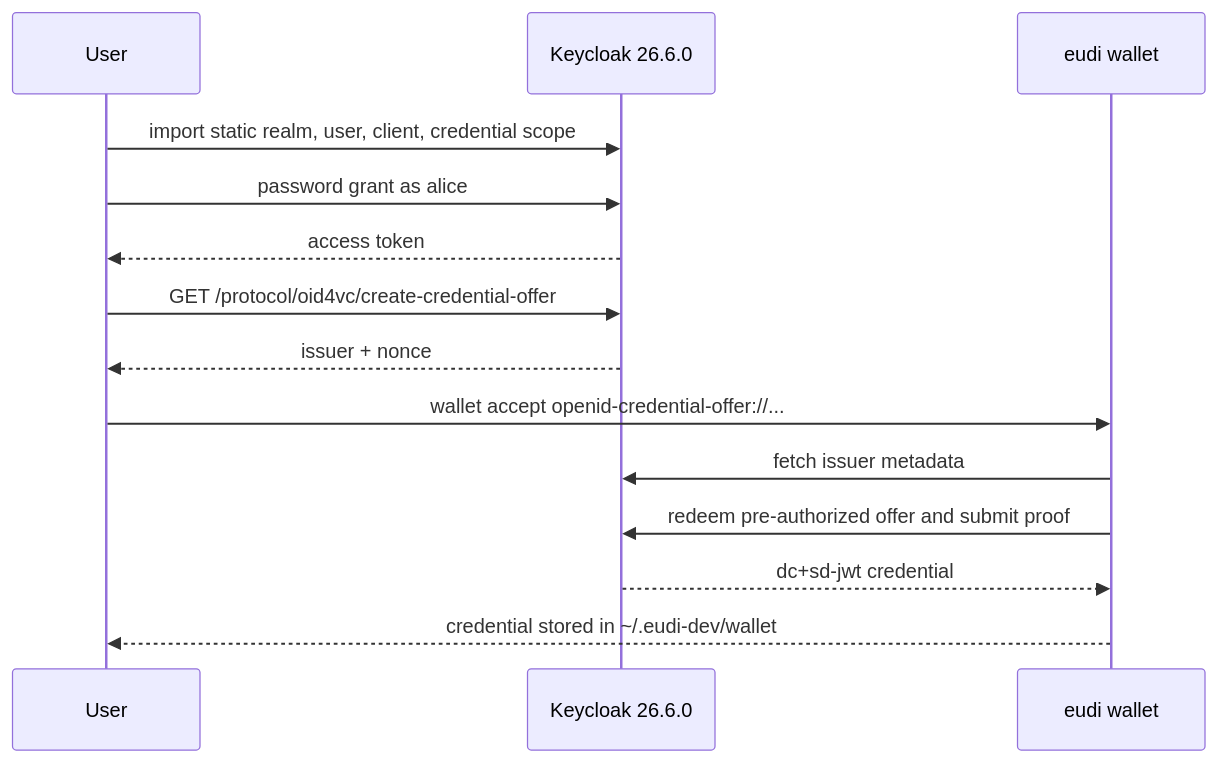
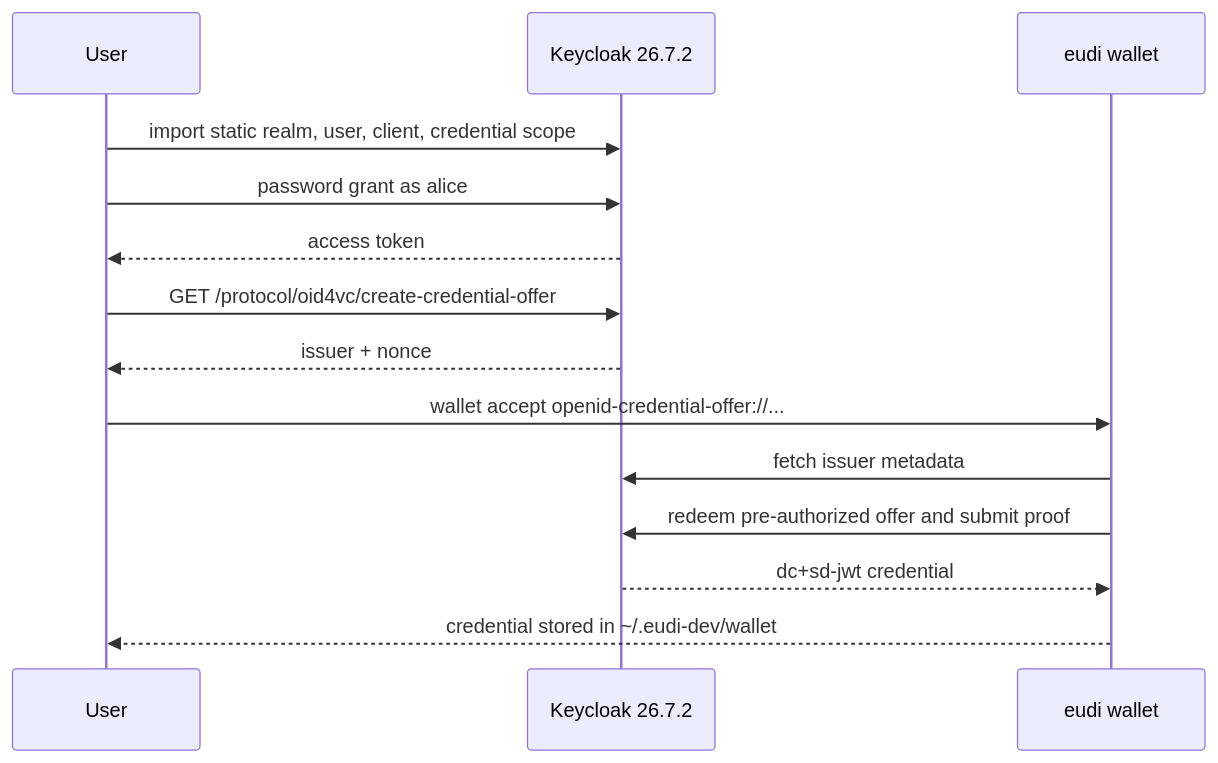
One commit to dominikschlosser/eudi-dev changed the diagram in examples/keycloak-issuer-wallet/README.md. Above: the diagram before and after it, drawn with Mermaid. The commit also changed other lines of this file and 47 other files, not shown here.

````diff
--- a/examples/keycloak-issuer-wallet/README.md
+++ b/examples/keycloak-issuer-wallet/README.md
@@ -14,17 +14,17 @@
 ```mermaid
 sequenceDiagram
     participant U as User
-    participant KC as Keycloak 26.6.0
+    participant KC as Keycloak 26.7.2
     participant W as eudi wallet
 
     U->>KC: import static realm, user, client, credential scope
     U->>KC: password grant as alice
     KC-->>U: access token
     U->>KC: GET /protocol/oid4vc/create-credential-offer
     KC-->>U: issuer + nonce
     U->>W: wallet accept openid-credential-offer://...
     W->>KC: fetch issuer metadata
     W->>KC: redeem pre-authorized offer and submit proof
     KC-->>W: dc+sd-jwt credential
     W-->>U: credential stored in ~/.eudi-dev/wallet
 ```
````
